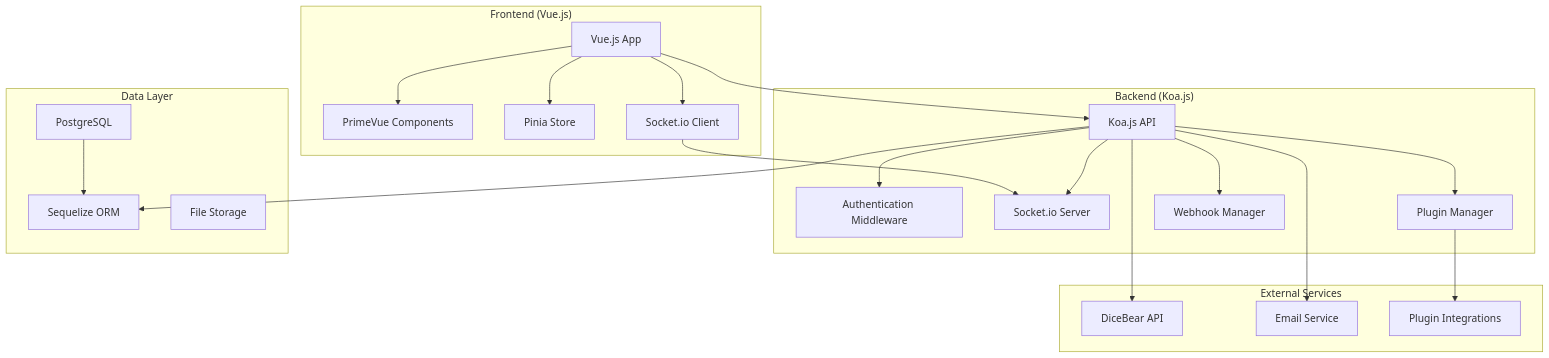
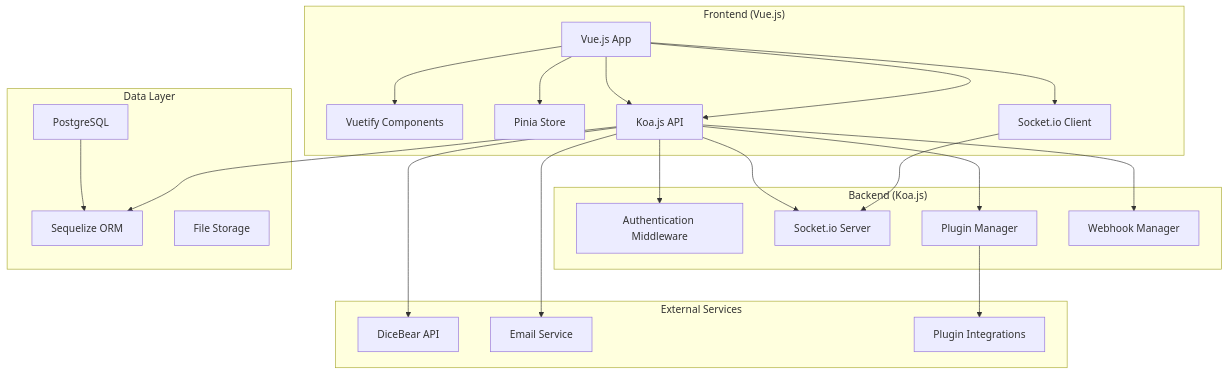
The first of 3 diagrams in .kiro/specs/modern-crm/design.md (antikkorps/crm_monorepo), drawn with Mermaid before and after one commit. The commit also changed other lines of this file and 27 other files, not shown here.

````diff
--- a/.kiro/specs/modern-crm/design.md
+++ b/.kiro/specs/modern-crm/design.md
@@ -21,33 +22,34 @@
 ```mermaid
 graph TB
     subgraph "Frontend (Vue.js)"
-        A[Vue.js App] --> B[PrimeVue Components]
+        A[Vue.js App] --> B[Vuetify Components]
         A --> C[Pinia Store]
         A --> D[Socket.io Client]
+        A --> E[Vue I18n]
     end
 
     subgraph "Backend (Koa.js)"
         E[Koa.js API] --> F[Authentication Middleware]
         E --> G[Socket.io Server]
         E --> H[Plugin Manager]
         E --> I[Webhook Manager]
     end
 
     subgraph "Data Layer"
         J[PostgreSQL] --> K[Sequelize ORM]
         L[File Storage]
     end
 
     subgraph "External Services"
         M[DiceBear API]
         N[Email Service]
         O[Plugin Integrations]
     end
 
     A --> E
     D --> G
     E --> K
     E --> M
     E --> N
     H --> O
 ```
````
